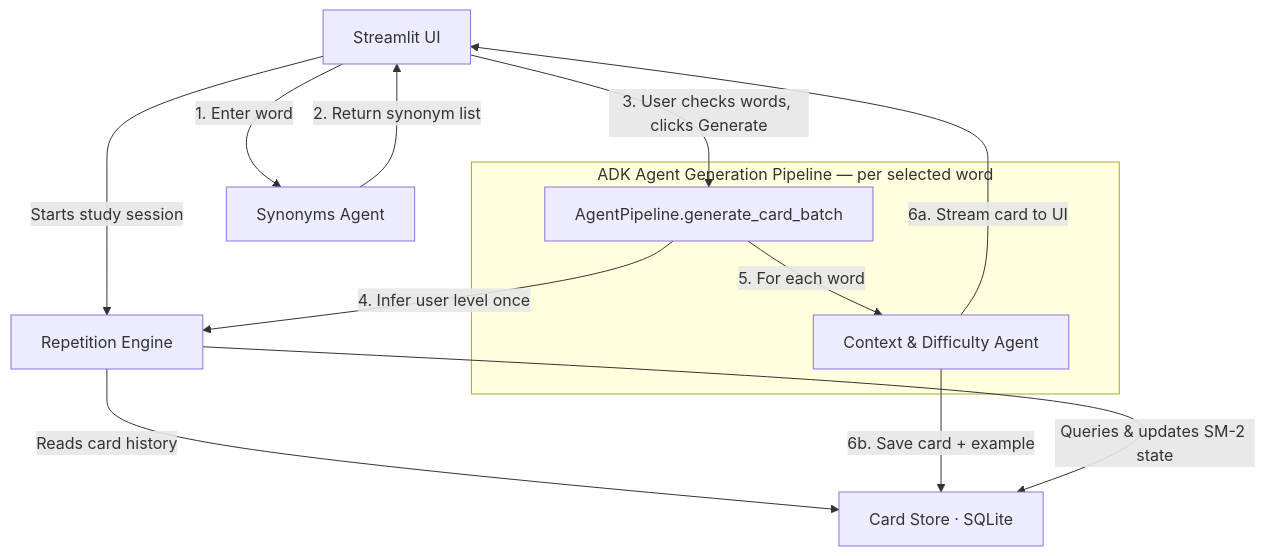
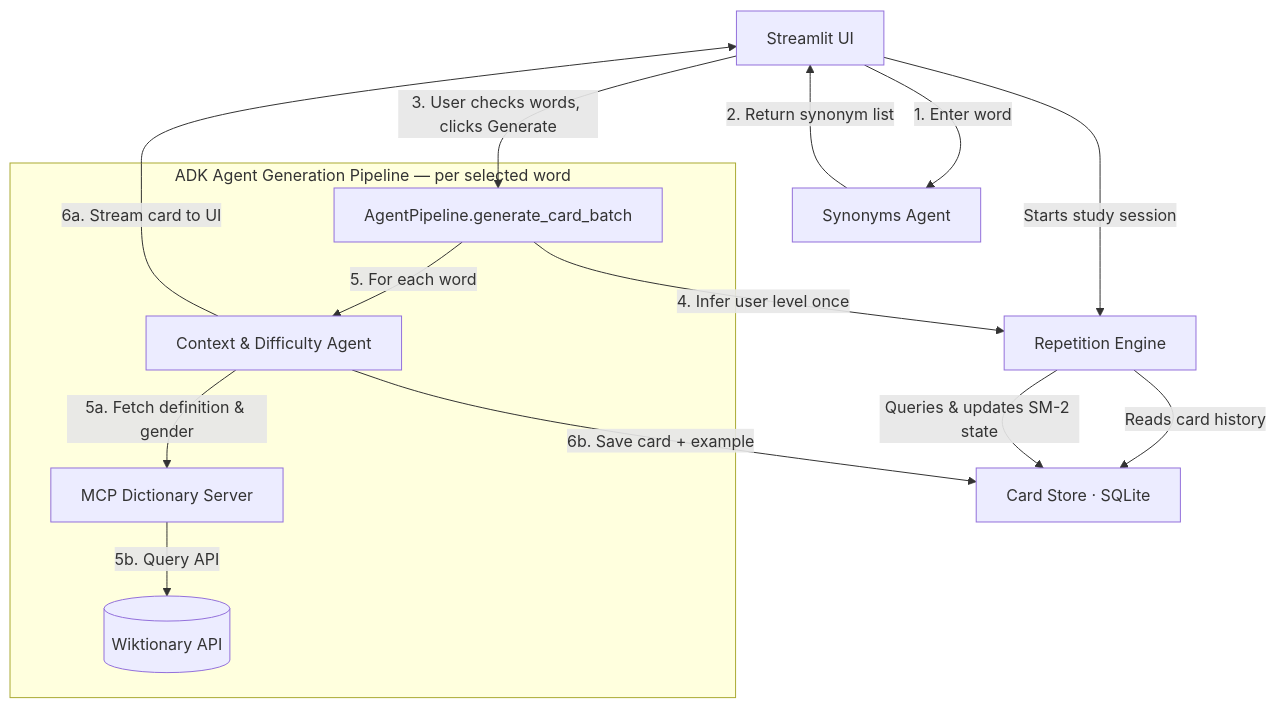
The diagram in README.md (khrapovs/echoloop-multiagent-flashcards), drawn with Mermaid before and after one commit. The commit also changed other lines of this file and 9 other files, not shown here.

First line of the commit message:
feat: Implement dictionary MCP to reduce LLM hallucinations (#25)

````diff
--- a/README.md
+++ b/README.md
@@ -39,19 +41,21 @@
 ```mermaid
 graph TD
     Client[Streamlit UI] -->|1. Enter word| SynonymsAgent[Synonyms Agent]
     SynonymsAgent -->|2. Return synonym list| Client
     Client -->|3. User checks words, clicks Generate| Pipeline[AgentPipeline.generate_card_batch]
 
     Pipeline -->|4. Infer user level once| RepetitionEngine[Repetition Engine]
     RepetitionEngine -->|Reads card history| CardStore[Card Store · SQLite]
 
     subgraph AgentPipeline [ADK Agent Generation Pipeline — per selected word]
         Pipeline -->|5. For each word| ContextAgent[Context & Difficulty Agent]
+        ContextAgent -->|5a. Fetch definition & gender| MCPServer[MCP Dictionary Server]
+        MCPServer -->|5b. Query API| Wiktionary[(Wiktionary API)]
     end
 
     ContextAgent -->|6a. Stream card to UI| Client
     ContextAgent -->|6b. Save card + example| CardStore
 
     Client -->|Starts study session| RepetitionEngine
     RepetitionEngine -->|Queries & updates SM-2 state| CardStore
 ```
````
